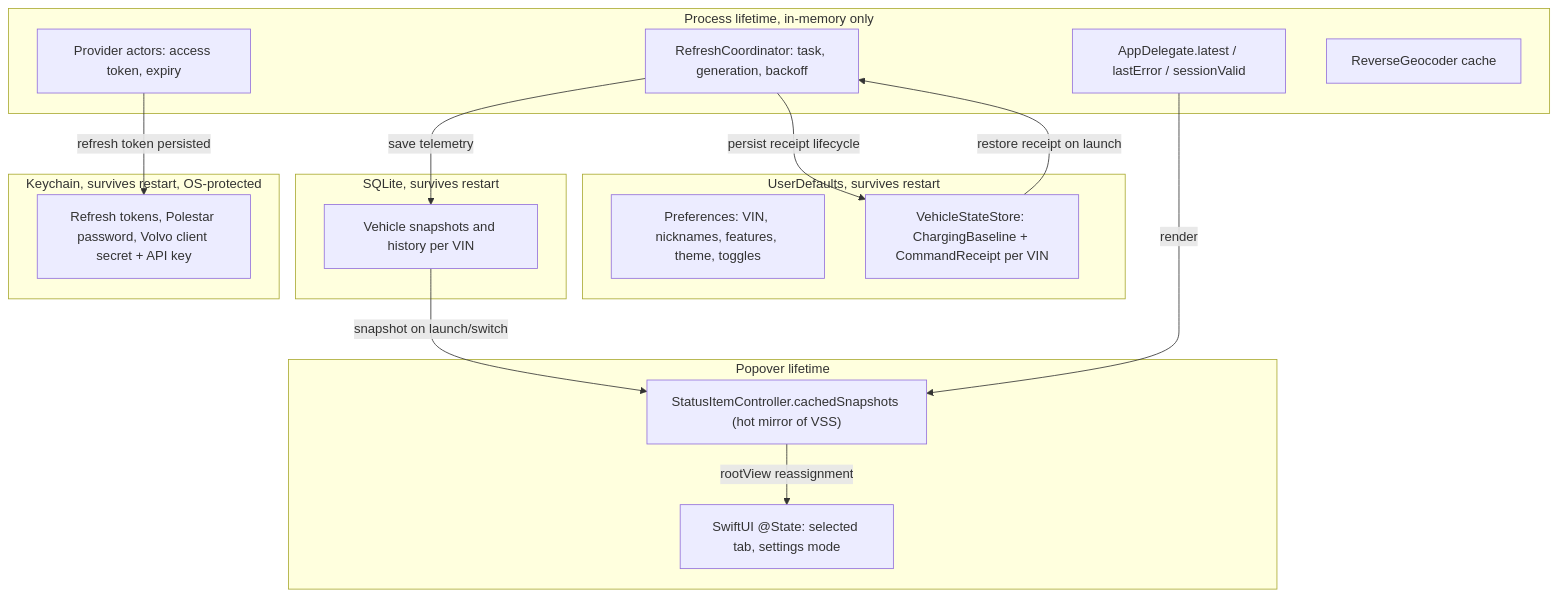
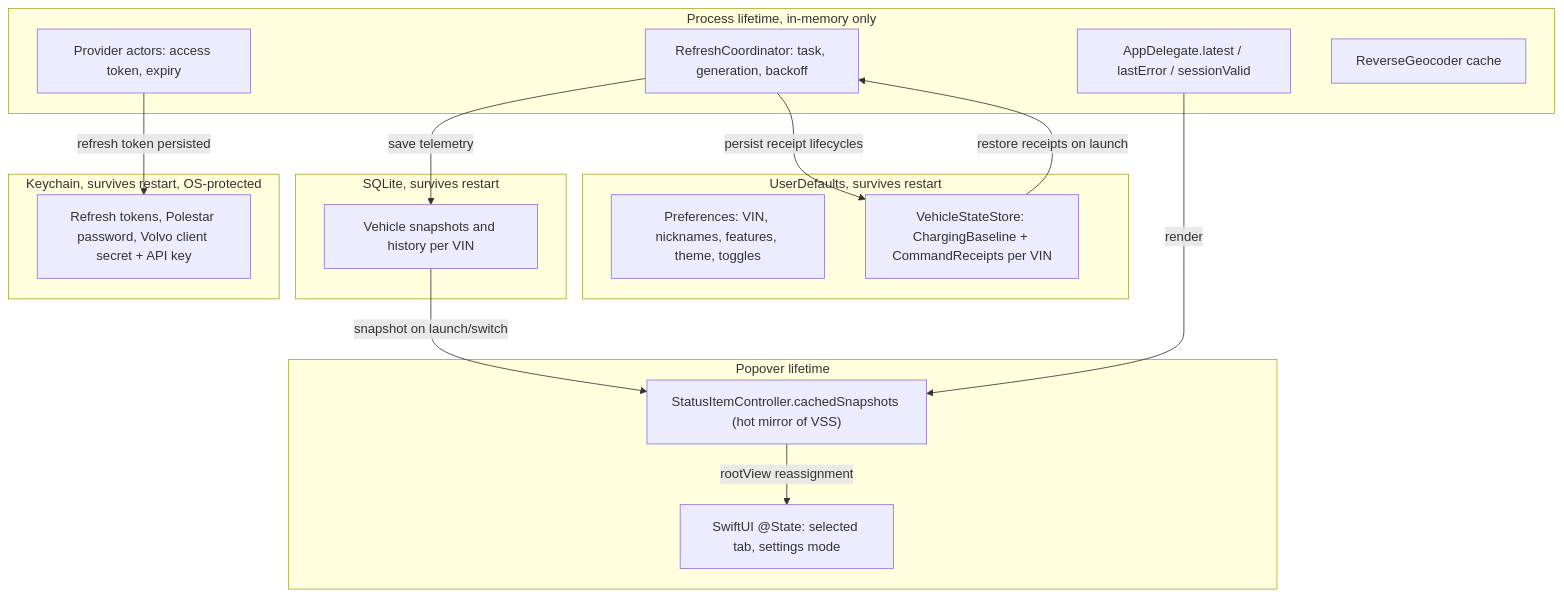
The diagram in docs/architecture/state-management.md (NicolasKheirallah/Hisingen), drawn with Mermaid before and after one commit. The commit also changed other lines of this file and 21 other files, not shown here.

Commit message:
support multiple command receipts

````diff
--- a/docs/architecture/state-management.md
+++ b/docs/architecture/state-management.md
@@ -39,31 +39,31 @@
 ```mermaid
 flowchart TB
     subgraph Process["Process lifetime, in-memory only"]
         AD["AppDelegate.latest / lastError / sessionValid"]
         RC["RefreshCoordinator: task, generation, backoff"]
         TOK["Provider actors: access token, expiry"]
         GEO["ReverseGeocoder cache"]
     end
     subgraph Disk["UserDefaults, survives restart"]
         PREF["Preferences: VIN, nicknames, features, theme, toggles"]
-        VSS["VehicleStateStore: ChargingBaseline + CommandReceipt per VIN"]
+        VSS["VehicleStateStore: ChargingBaseline + CommandReceipts per VIN"]
     end
     subgraph Database["SQLite, survives restart"]
         DB["Vehicle snapshots and history per VIN"]
     end
     subgraph Keychain["Keychain, survives restart, OS-protected"]
         KC["Refresh tokens, Polestar password, Volvo client secret + API key"]
     end
     subgraph UI["Popover lifetime"]
         SC["StatusItemController.cachedSnapshots (hot mirror of VSS)"]
         SUI["SwiftUI @State: selected tab, settings mode"]
     end
 
     TOK -->|refresh token persisted| KC
     RC -->|save telemetry| DB
-    RC -->|persist receipt lifecycle| VSS
+    RC -->|persist receipt lifecycles| VSS
     DB -->|snapshot on launch/switch| SC
-    VSS -->|restore receipt on launch| RC
+    VSS -->|restore receipts on launch| RC
     AD -->|render| SC
     SC -->|rootView reassignment| SUI
 ```
````
